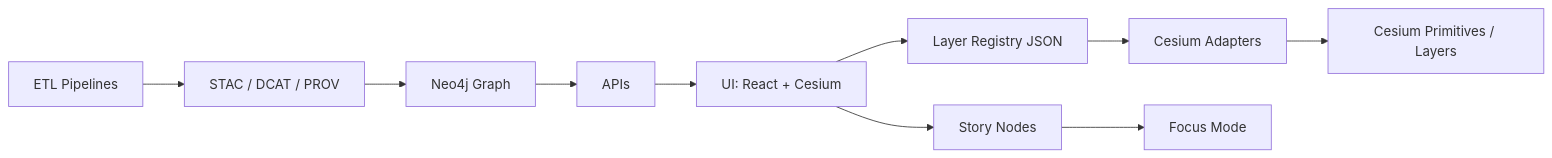
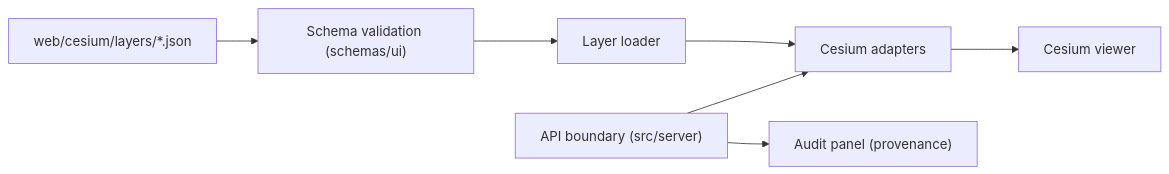
The first of 2 diagrams in web/cesium/layers/README.md (bartytime4life/Kansas-Frontier-Matrix), drawn with Mermaid before and after one commit. The commit also changed other lines of this file, not shown here.

```diff
--- a/web/cesium/layers/README.md
+++ b/web/cesium/layers/README.md
@@ -159,12 +277,9 @@
 ~~~mermaid
 flowchart LR
-  A[ETL Pipelines] --> B[STAC / DCAT / PROV]
-  B --> C[Neo4j Graph]
-  C --> D[APIs]
-  D --> E[UI: React + Cesium]
-  E --> F[Layer Registry JSON]
-  F --> G[Cesium Adapters]
-  G --> H[Cesium Primitives / Layers]
-  E --> I[Story Nodes]
-  I --> J[Focus Mode]
+  A["web/cesium/layers/*.json"] --> B["Schema validation (schemas/ui)"]
+  B --> C["Layer loader"]
+  C --> D["Cesium adapters"]
+  D --> E["Cesium viewer"]
+  F["API boundary (src/server)"] --> D
+  F --> G["Audit panel (provenance)"]
 ~~~
```
